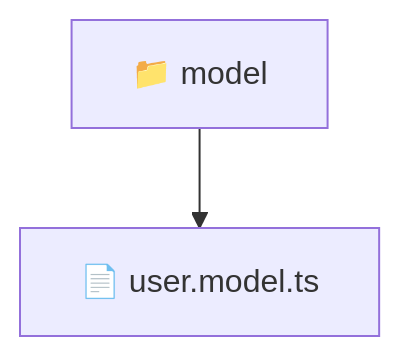
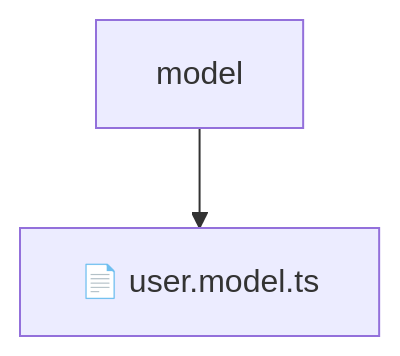
One commit to beginwebdev2002/fullstack-mavluda changed the diagram in frontend/src/entities/user/model/README.md. Above: the diagram before and after it, drawn with Mermaid. The commit also changed other lines of this file and 155 other files, not shown here.

````diff
--- a/frontend/src/entities/user/model/README.md
+++ b/frontend/src/entities/user/model/README.md
@@ -10,5 +14,5 @@
 ```mermaid
 graph TD
-  Root["📁 model"]
-  Root --> usermodelts["📄 user.model.ts"]
+    Root[model]
+    Root --> F0[📄 user.model.ts]
 ```
````
